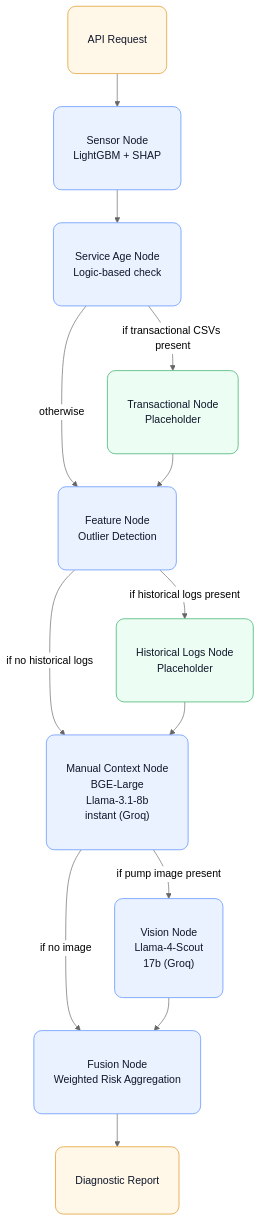
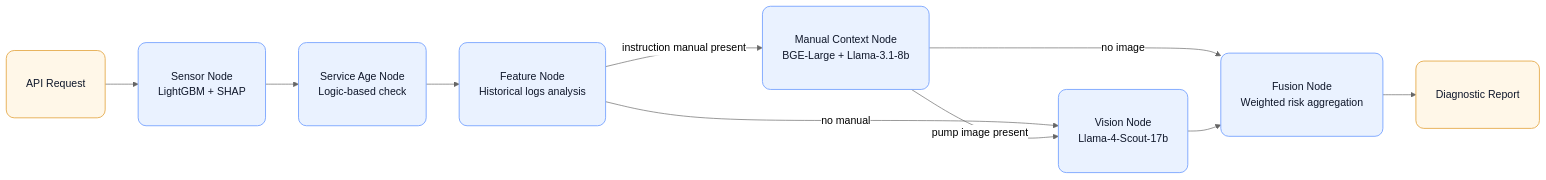
One commit to Murthypsty0419/Multi-Modal-Predictive-Maintenance-Agent changed the diagram in README.md. Above: the diagram before and after it, drawn with Mermaid (neutral theme). The commit also changed other lines of this file, not shown here.

````diff
--- a/README.md
+++ b/README.md
@@ -23,24 +23,20 @@
 ```mermaid
-flowchart TD
+flowchart LR
     A["API Request"] --> SN["Sensor Node<br/>LightGBM + SHAP"]
     SN --> SAN["Service Age Node<br/>Logic-based check"]
-    SAN -->|"if transactional CSVs present"| TN["Transactional Node<br/>Placeholder"]
-    SAN -->|"otherwise"| FN["Feature Node<br/>Outlier Detection"]
-    TN --> FN
+    SAN --> FN["Feature Node<br/>Historical logs analysis"]
 
-    FN -->|"if historical logs present"| HLN["Historical Logs Node<br/>Placeholder"]
-    FN -->|"if no historical logs"| MCN["Manual Context Node<br/>BGE-Large<br/>Llama-3.1-8b<br/>instant (Groq)"]
-    HLN --> MCN
+    FN -->|"instruction manual present"| MCN["Manual Context Node<br/>BGE-Large + Llama-3.1-8b"]
+    FN -->|"no manual"| VN["Vision Node<br/>Llama-4-Scout-17b"]
 
-    MCN -->|"if pump image present"| VN["Vision Node<br/>Llama-4-Scout<br/>17b (Groq)"]
-    MCN -->|"if no image"| FUSE["Fusion Node<br/>Weighted Risk Aggregation"]
+    MCN -->|"pump image present"| VN
+    MCN -->|"no image"| FUSE["Fusion Node<br/>Weighted risk aggregation"]
+
     VN --> FUSE
     FUSE --> R["Diagnostic Report"]
 
     classDef core fill:#EAF2FF,stroke:#7CA6FF,stroke-width:1.4px,color:#0F172A,rx:12,ry:12,padding:12px;
-    classDef aux fill:#ECFDF3,stroke:#63C08A,stroke-width:1.4px,color:#0F172A,rx:12,ry:12,padding:12px;
     classDef out fill:#FFF7E8,stroke:#E7AE53,stroke-width:1.4px,color:#0F172A,rx:12,ry:12,padding:12px;
     class A,R out;
     class SN,SAN,FN,MCN,VN,FUSE core;
-    class TN,HLN aux;
 ```
````
